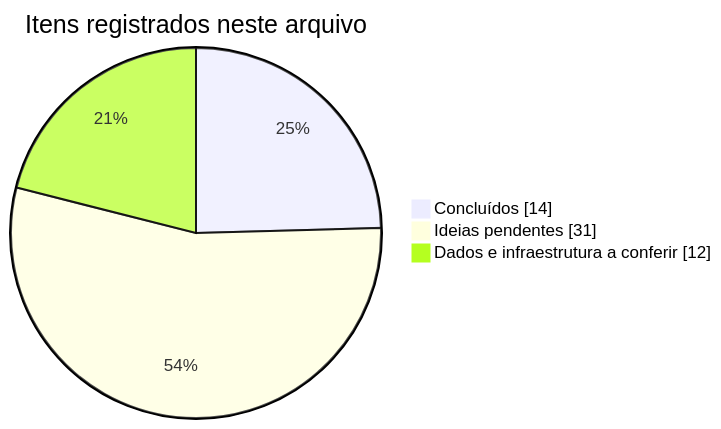
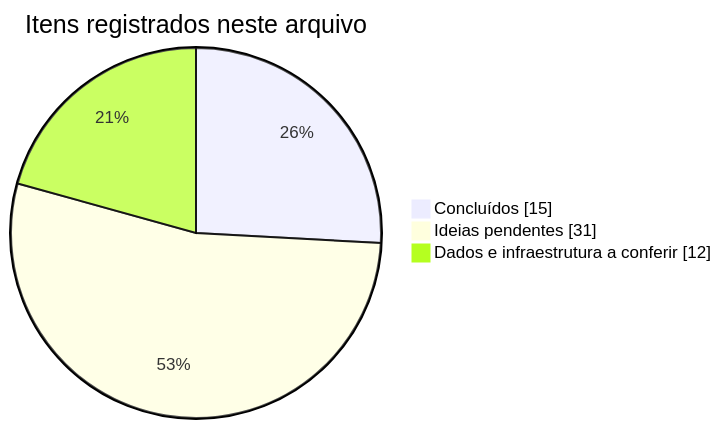
One commit to floriatanscosta/floriatanscosta.github.io changed the diagram in PENDENCIAS.md. Above: the diagram before and after it, drawn with Mermaid. The commit also changed other lines of this file and 6 other files, not shown here.

````diff
--- a/PENDENCIAS.md
+++ b/PENDENCIAS.md
@@ -9,6 +9,6 @@
 ```mermaid
 pie showData title Itens registrados neste arquivo
-    "Concluídos" : 14
+    "Concluídos" : 15
     "Ideias pendentes" : 31
     "Dados e infraestrutura a conferir" : 12
 ```
````
